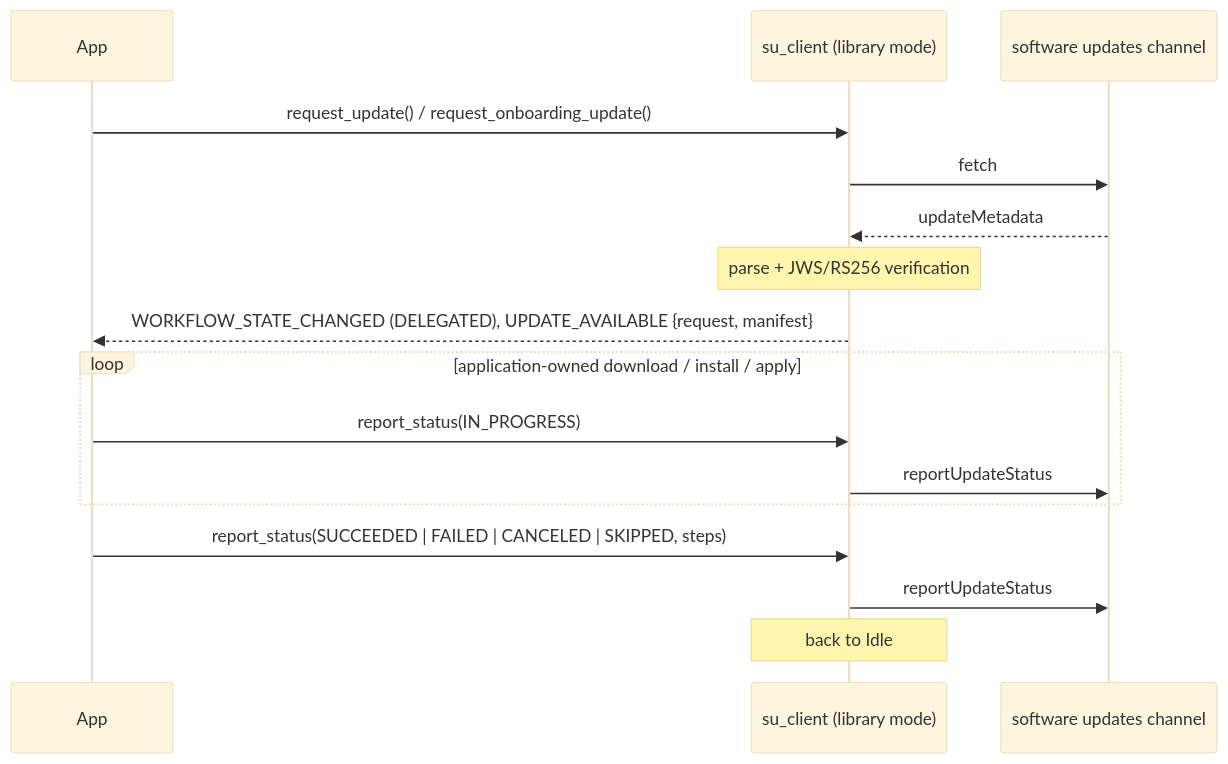
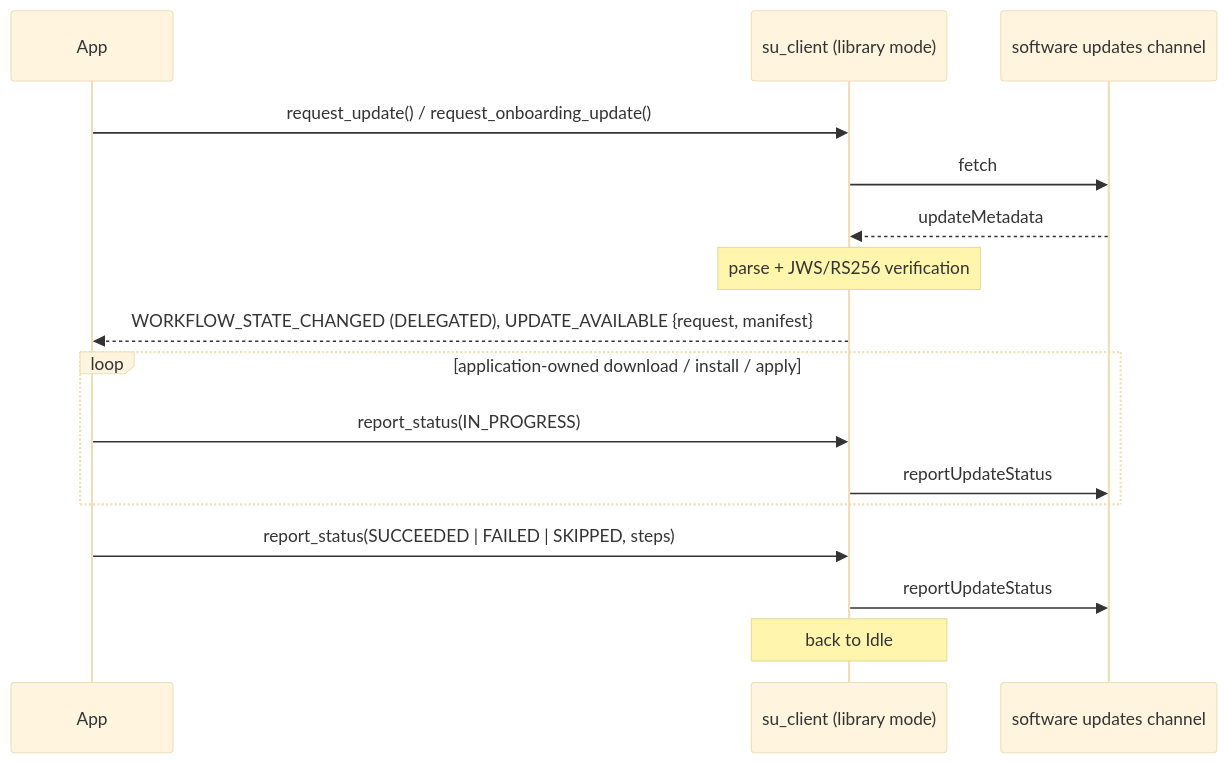
The fifth of 7 diagrams in c/docs/eng/software-updates.md (Azure/azure-iot-sdk), drawn with Mermaid (base theme) before and after one commit. The commit also changed other lines of this file and 8 other files, not shown here.

````diff
--- a/c/docs/eng/software-updates.md
+++ b/c/docs/eng/software-updates.md
@@ -1215,19 +1216,19 @@
 ```mermaid
 sequenceDiagram
     participant App
     participant SU as su_client (library mode)
     participant Ch as software updates channel
 
     App->>SU: request_update() / request_onboarding_update()
     SU->>Ch: fetch
     Ch-->>SU: updateMetadata
     Note over SU: parse + JWS/RS256 verification
     SU-->>App: WORKFLOW_STATE_CHANGED (DELEGATED), UPDATE_AVAILABLE {request, manifest}
     loop application-owned download / install / apply
         App->>SU: report_status(IN_PROGRESS)
         SU->>Ch: reportUpdateStatus
     end
-    App->>SU: report_status(SUCCEEDED | FAILED | CANCELED | SKIPPED, steps)
+    App->>SU: report_status(SUCCEEDED | FAILED | SKIPPED, steps)
     SU->>Ch: reportUpdateStatus
     Note over SU: back to Idle
 ```
````
